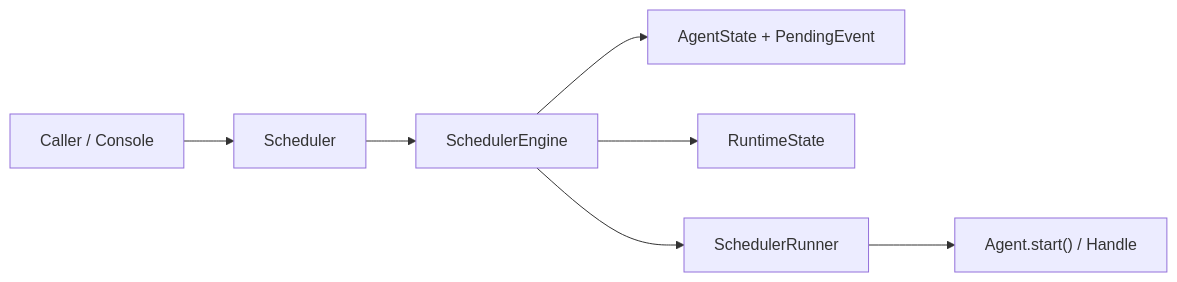
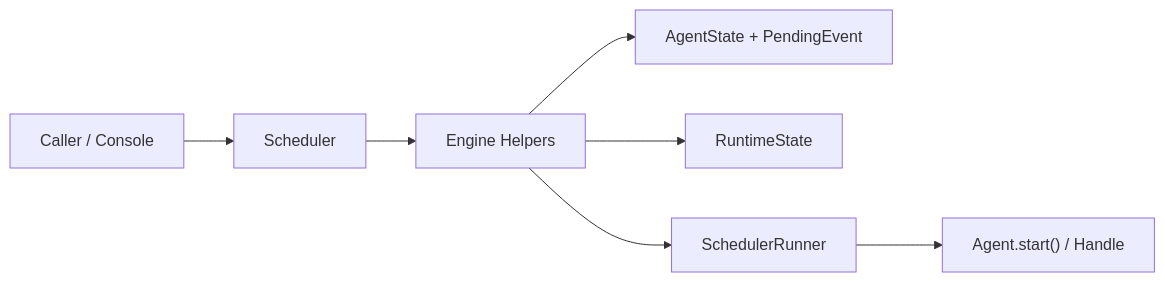
Before and after one commit to xhwSkhizein/agiwo: the first of 3 diagrams in docs/concepts/scheduler.md, drawn with Mermaid. The commit also changed other lines of this file and 7 other files, not shown here.

````diff
--- a/docs/concepts/scheduler.md
+++ b/docs/concepts/scheduler.md
@@ -15,9 +15,9 @@
 ```mermaid
 flowchart LR
     Caller["Caller / Console"] --> Facade["Scheduler"]
-    Facade --> Engine["SchedulerEngine"]
+    Facade --> Engine["Engine Helpers"]
     Engine --> Store["AgentState + PendingEvent"]
     Engine --> Runtime["RuntimeState"]
     Engine --> Runner["SchedulerRunner"]
     Runner --> Agent["Agent.start() / Handle"]
 ```
````
